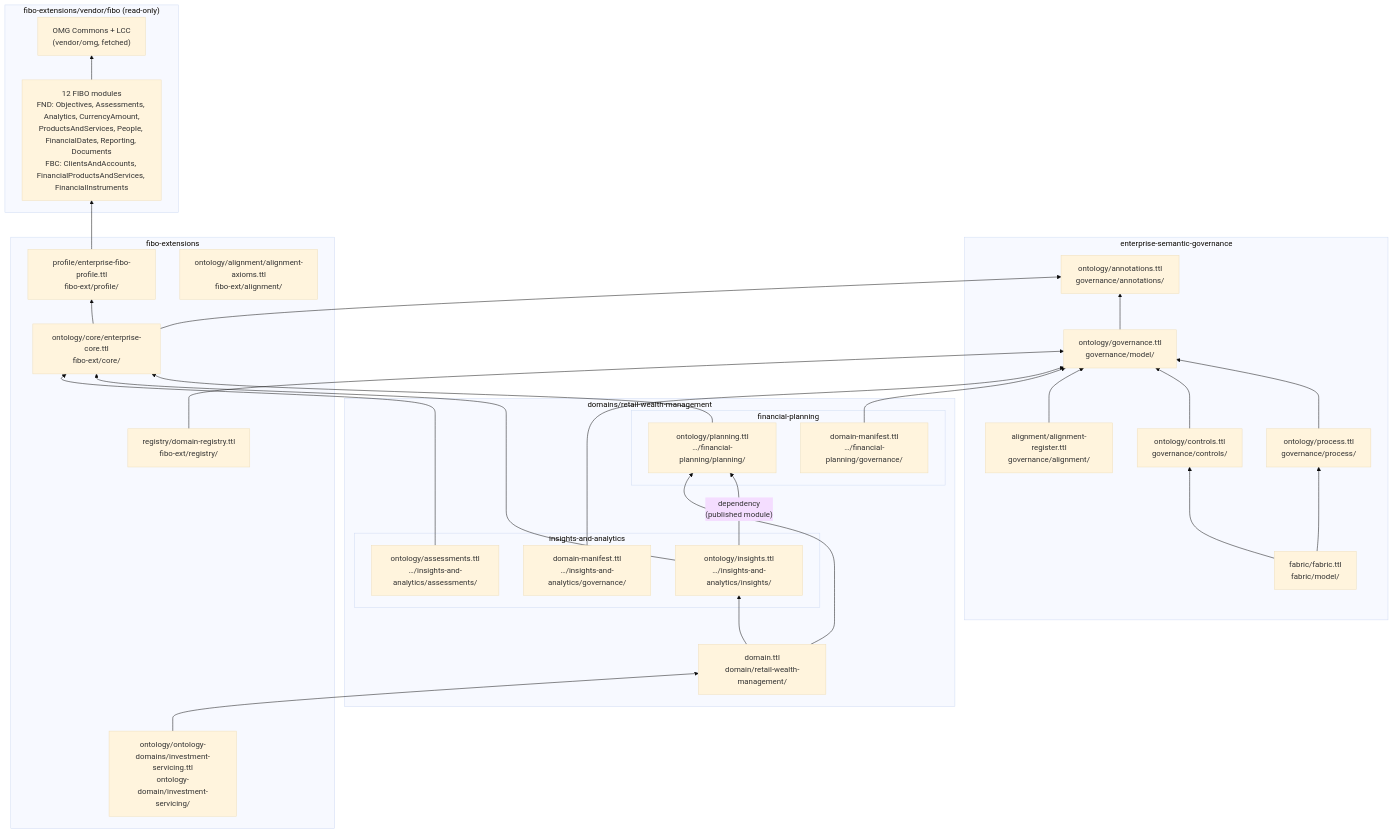
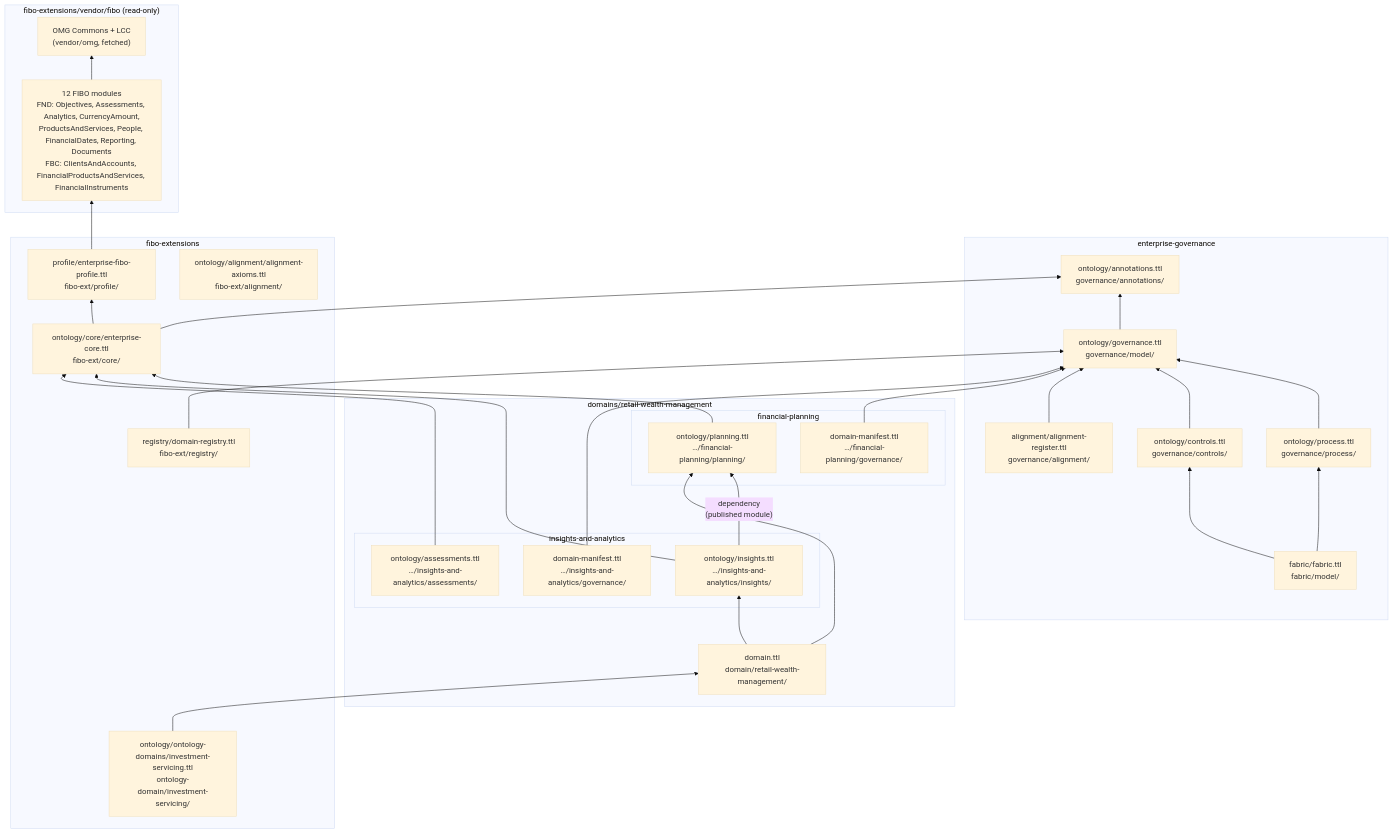
Before and after one commit to mevansam/semantic-layer-sandbox: the first of 6 diagrams in docs/framework/06-physical-model.md, drawn with Mermaid (base theme). The commit also changed other lines of this file and 90 other files, not shown here.

````diff
--- a/docs/framework/06-physical-model.md
+++ b/docs/framework/06-physical-model.md
@@ -17,54 +17,54 @@
 ```mermaid
 flowchart BT
     subgraph FIBOV["fibo-extensions/vendor/fibo (read-only)"]
         FIBOM["12 FIBO modules<br/>FND: Objectives, Assessments, Analytics, CurrencyAmount,<br/>ProductsAndServices, People, FinancialDates, Reporting, Documents<br/>FBC: ClientsAndAccounts, FinancialProductsAndServices, FinancialInstruments"]
         OMG["OMG Commons + LCC<br/>(vendor/omg, fetched)"]
     end
-    subgraph GOVR["enterprise-semantic-governance"]
+    subgraph GOVR["enterprise-governance"]
         ANN["ontology/annotations.ttl<br/>governance/annotations/"]
         GOVM["ontology/governance.ttl<br/>governance/model/"]
         PROC["ontology/process.ttl<br/>governance/process/"]
         CTL["ontology/controls.ttl<br/>governance/controls/"]
         FABM["fabric/fabric.ttl<br/>fabric/model/"]
         ALR["alignment/alignment-register.ttl<br/>governance/alignment/"]
     end
     subgraph FXR["fibo-extensions"]
         PROF["profile/enterprise-fibo-profile.ttl<br/>fibo-ext/profile/"]
         CORE["ontology/core/enterprise-core.ttl<br/>fibo-ext/core/"]
         ALAX["ontology/alignment/alignment-axioms.ttl<br/>fibo-ext/alignment/"]
         REG["registry/domain-registry.ttl<br/>fibo-ext/registry/"]
         ODU["ontology/ontology-domains/investment-servicing.ttl<br/>ontology-domain/investment-servicing/"]
     end
     subgraph RWMR["domains/retail-wealth-management"]
         UMB["domain.ttl<br/>domain/retail-wealth-management/"]
         subgraph FPR["financial-planning"]
             FPO["ontology/planning.ttl<br/>…/financial-planning/planning/"]
             FPMAN["domain-manifest.ttl<br/>…/financial-planning/governance/"]
         end
         subgraph IAR["insights-and-analytics"]
             IAO["ontology/insights.ttl<br/>…/insights-and-analytics/insights/"]
             IAS["ontology/assessments.ttl<br/>…/insights-and-analytics/assessments/"]
             IAMAN["domain-manifest.ttl<br/>…/insights-and-analytics/governance/"]
         end
     end
     FIBOM --> OMG
     PROF --> FIBOM
     CORE --> PROF
     CORE --> ANN
     GOVM --> ANN
     PROC --> GOVM
     CTL --> GOVM
     FABM --> CTL
     FABM --> PROC
     ALR --> GOVM
     REG --> GOVM
     FPO --> CORE
     IAO --> CORE
     IAS --> CORE
     IAO -- "dependency<br/>(published module)" --> FPO
     FPMAN --> GOVM
     IAMAN --> GOVM
     UMB --> FPO
     UMB --> IAO
     ODU --> UMB
 ```
````
